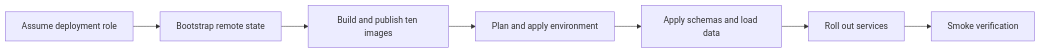
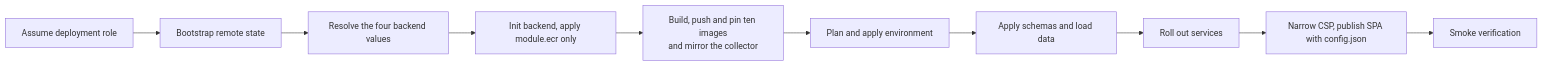
One commit to Blitzy-LocalStack/aws-mainframe-modernization-carddemo changed the diagram in docs/runbooks/deploy.md. Above: the diagram before and after it, drawn with Mermaid. The commit also changed other lines of this file and 325 other files, not shown here.

````diff
--- a/docs/runbooks/deploy.md
+++ b/docs/runbooks/deploy.md
@@ -168,9 +276,18 @@
 ```mermaid
 graph LR
     A[Assume deployment role] --> B[Bootstrap remote state]
-    B --> C[Build and publish ten images]
+    B --> B1[Resolve the four backend values]
+    B1 --> C0[Init backend, apply module.ecr only]
+    C0 --> C[Build, push and pin ten images<br/>and mirror the collector]
     C --> D[Plan and apply environment]
     D --> E[Apply schemas and load data]
     E --> F[Roll out services]
-    F --> G[Smoke verification]
+    F --> F1[Narrow CSP, publish SPA with config.json]
+    F1 --> G[Smoke verification]
+%% The registry apply sits BEFORE the image build because the ten ECR repositories are
+%% Terraform-managed: on a clean account there is nothing to push to until it has run.
+%% Narrowing the CSP sits AFTER the environment apply because the API origin it names does
+%% not exist until that apply creates it.
+    %% Step 3 then re-runs init, which is idempotent, and plans the whole environment against
+    %% the digests the push returned.
 ```
````
